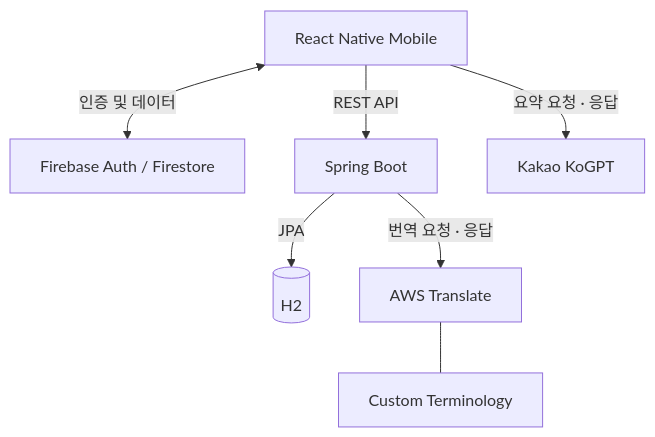
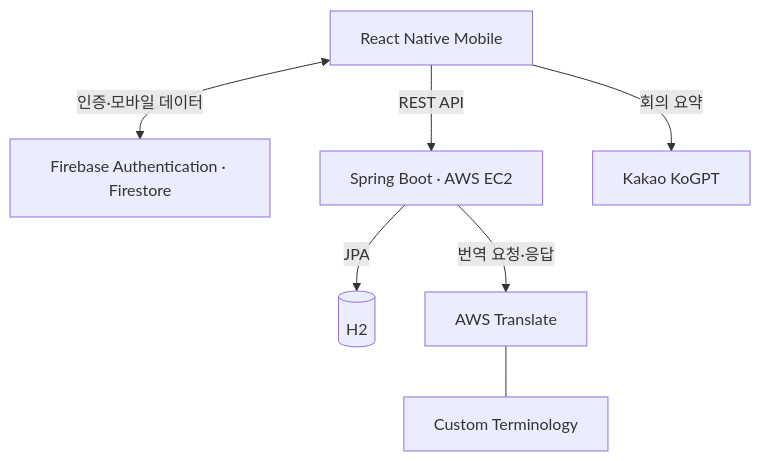
One commit to minjuko/transmate changed the fourth of 4 diagrams in README.md. Above: the diagram before and after it, drawn with Mermaid. The commit also changed other lines of this file, not shown here.

````diff
--- a/README.md
+++ b/README.md
@@ -127,10 +134,17 @@
 ```mermaid
 flowchart TB
-    M[React Native Mobile]
-    M <-->|인증 및 데이터| F[Firebase Auth / Firestore]
-    M -->|REST API| B[Spring Boot]
-    B -->|JPA| DB[(H2)]
-    B -->|번역 요청 · 응답| T[AWS Translate]
-    T --- CT[Custom Terminology]
-    M -->|요약 요청 · 응답| K[Kakao KoGPT]
+    M["React Native Mobile"]
+    F["Firebase Authentication · Firestore"]
+    B["Spring Boot · AWS EC2"]
+    DB[("H2")]
+    T["AWS Translate"]
+    CT["Custom Terminology"]
+    K["Kakao KoGPT"]
+
+    M <-->|"인증·모바일 데이터"| F
+    M -->|"REST API"| B
+    B -->|"JPA"| DB
+    B -->|"번역 요청·응답"| T
+    T --- CT
+    M -->|"회의 요약"| K
 ```
````
